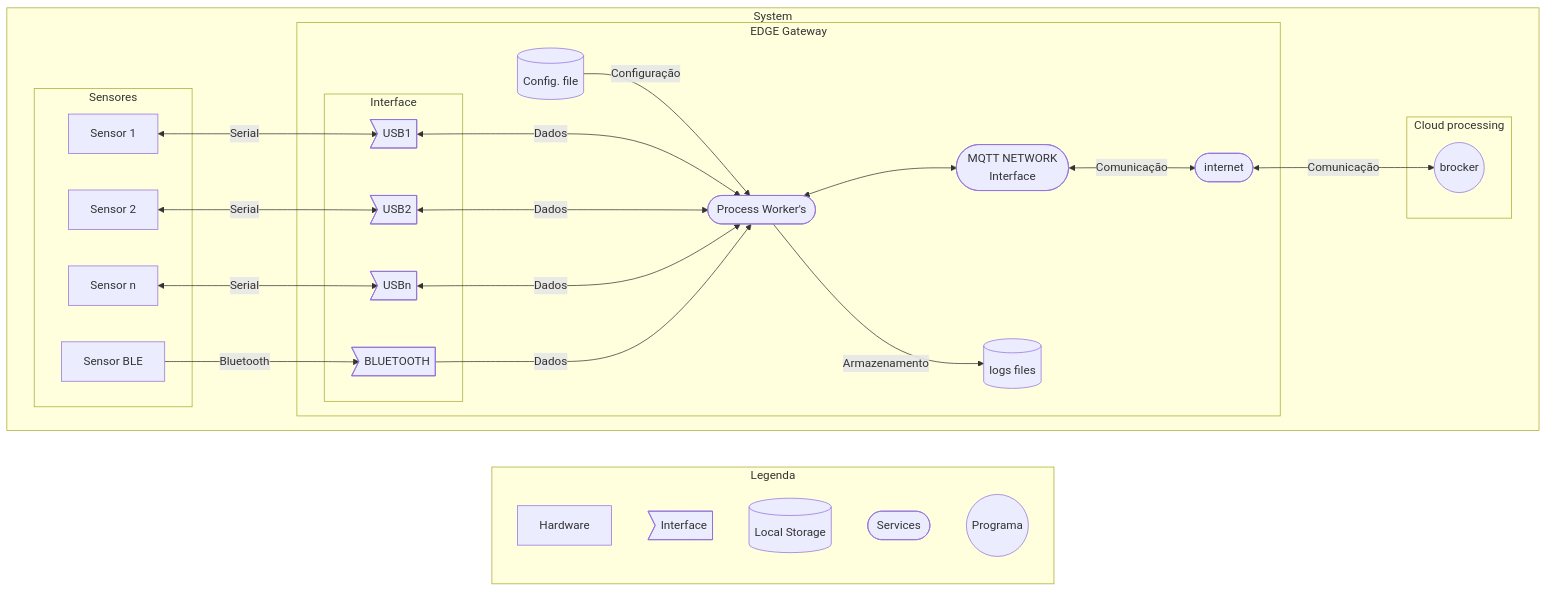
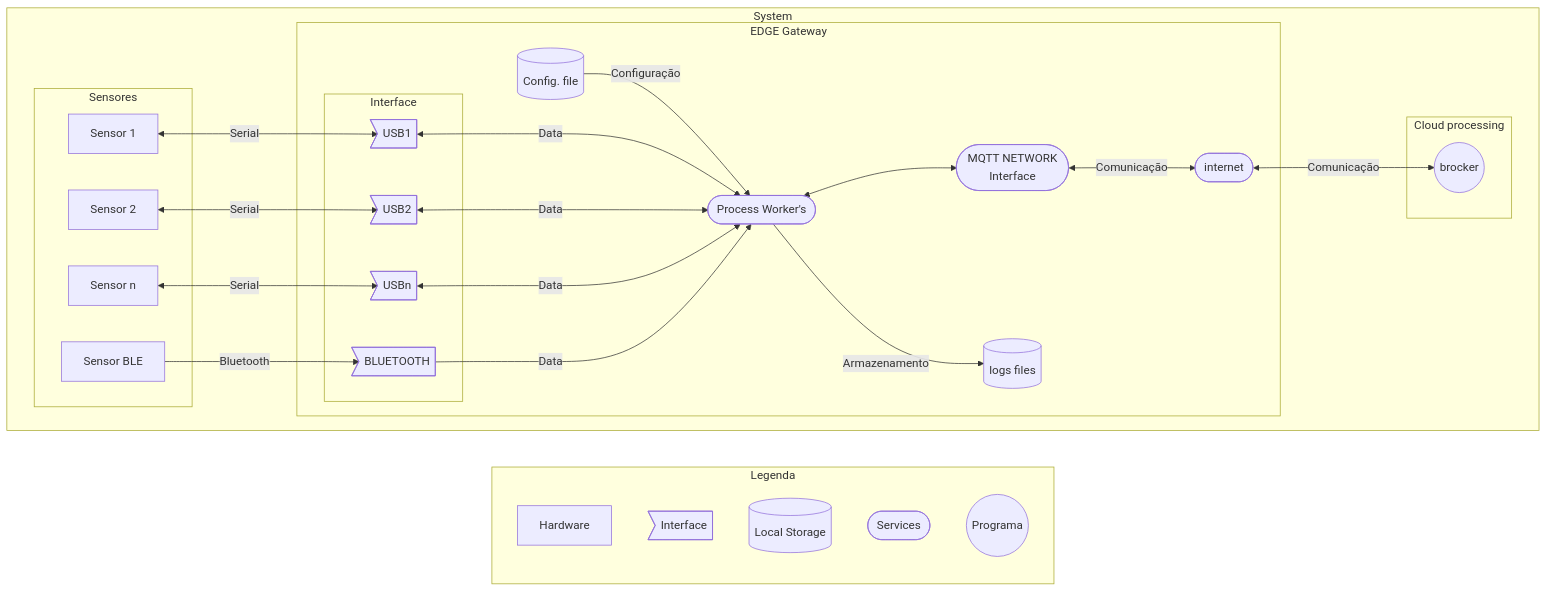
One commit to felipengeletrica/EdgeGateway changed the diagram in diagram/diagram.mmd. Above: the diagram before and after it, drawn with Mermaid. The commit also changed 1 other file, not shown here.

```diff
--- a/diagram/diagram.mmd
+++ b/diagram/diagram.mmd
@@ -1,42 +1,42 @@
 graph LR
     subgraph Legenda
         hardware[Hardware]
         interface>Interface]
         file[(Local Storage)]
         services([Services])
         program((Programa))
     end
 
     subgraph System
         direction LR
 
         subgraph EDGE Gateway
             ConfigFile[(Config. file)] -->|Configuração| datalogger([Process Worker's])
             datalogger([Process Worker's])<--> server([MQTT NETWORK \n Interface])
             datalogger([Process Worker's])--> |Armazenamento| files[(logs files)]
             server([MQTT NETWORK \n Interface])<-->|Comunicação| internet([internet])
 
             subgraph Interface
                 USB1>USB1]
                 USB2>USB2]
                 USBn>USBn]
                 BLUETOOTH>BLUETOOTH]
             end
-            USB1>USB1] <--->|Dados| datalogger
-            USB2>USB2] <--->|Dados| datalogger
-            USBn>USBn] <--->|Dados| datalogger
-            BLUETOOTH>BLUETOOTH] -->|Dados| datalogger
+            USB1>USB1] <--->|Data| datalogger
+            USB2>USB2] <--->|Data| datalogger
+            USBn>USBn] <--->|Data| datalogger
+            BLUETOOTH>BLUETOOTH] -->|Data| datalogger
         end
 
         subgraph Sensores
             s1[Sensor 1] <-->|Serial| USB1
             s2[Sensor 2] <-->|Serial| USB2
             s4[Sensor n] <-->|Serial| USBn
             s3[Sensor BLE] -->|Bluetooth| BLUETOOTH
         end
 
         internet <-->|Comunicação| brocker((brocker))
         subgraph Cloud processing 
             brocker((brocker))
         end
     end
```
